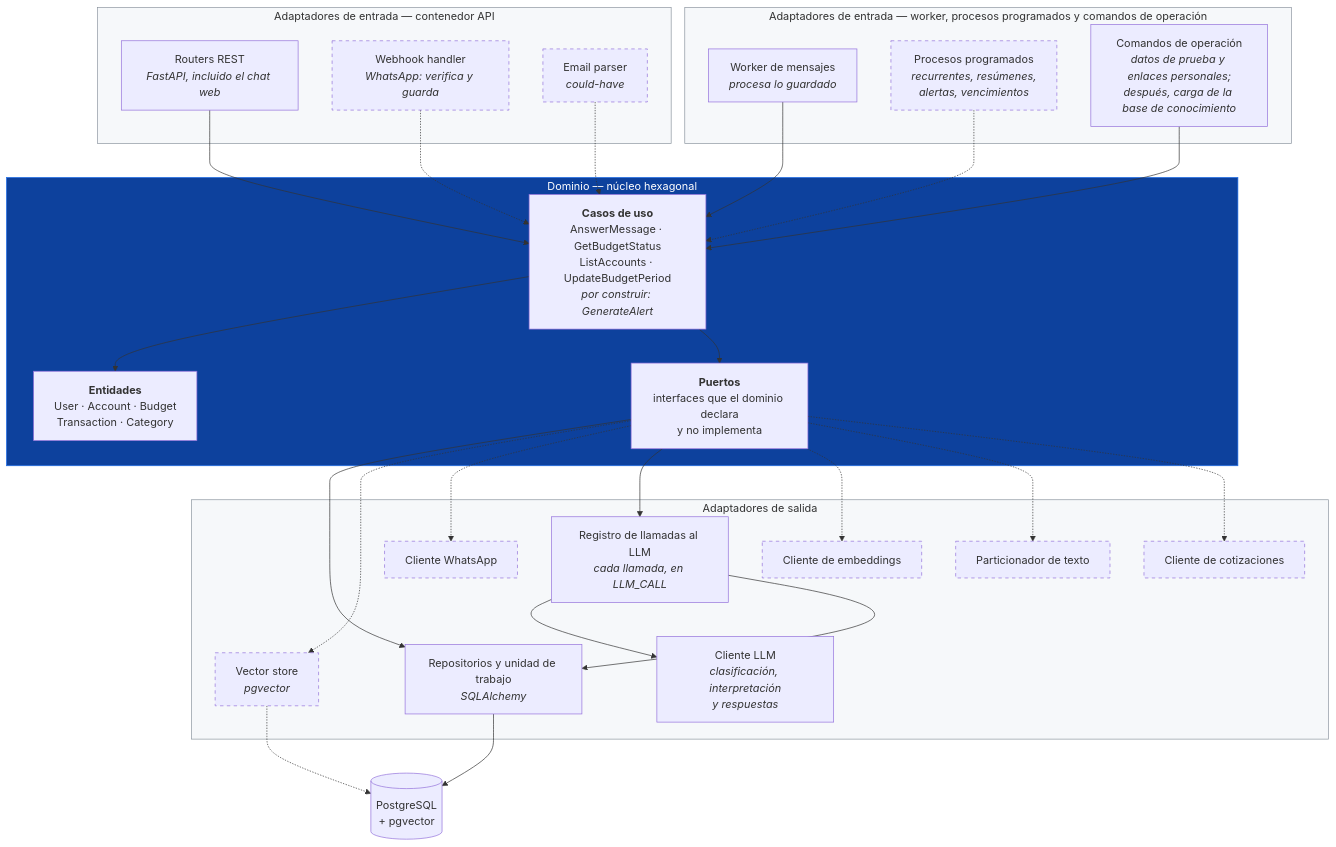
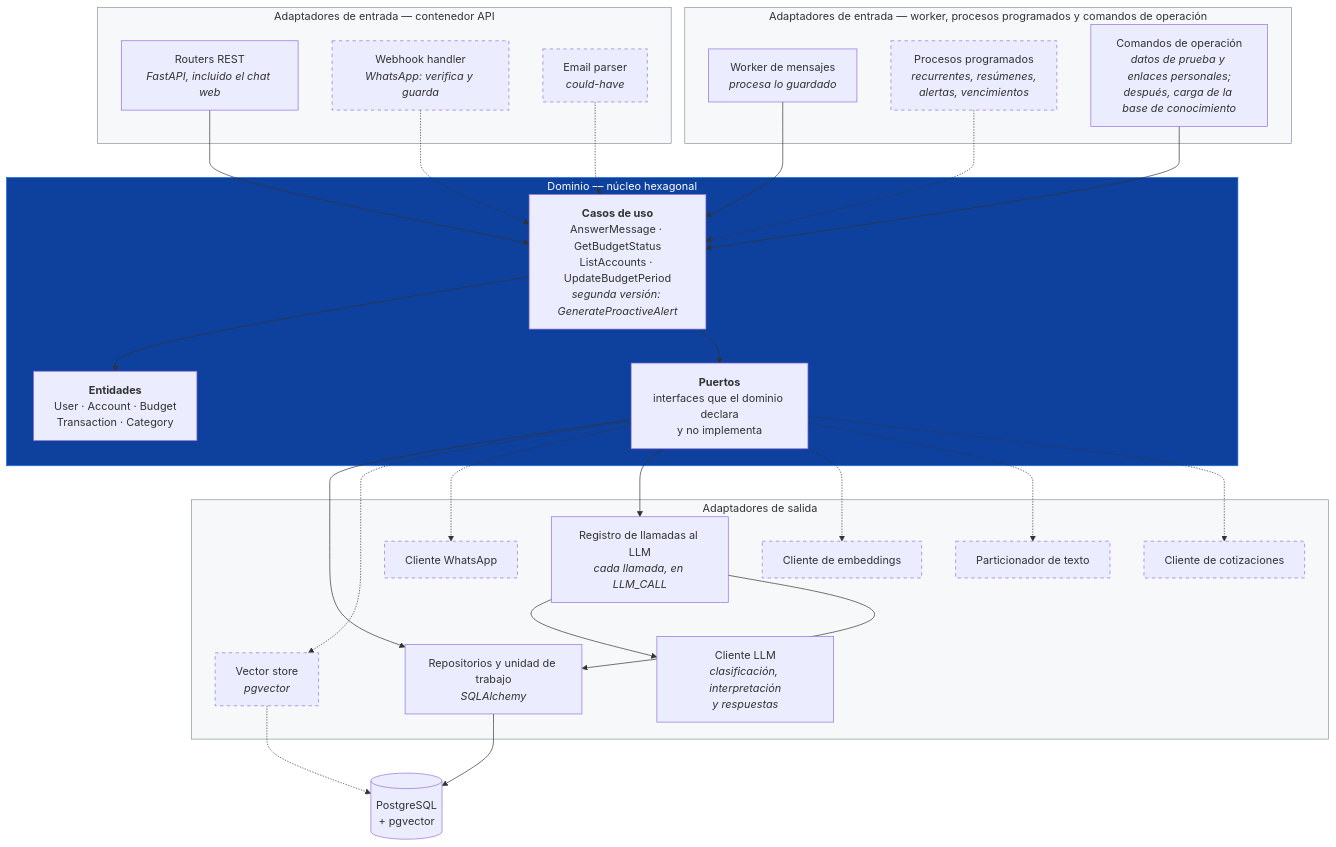
Before and after one commit to verozacarias-prog/AI4Devs-finalproject: the third of 4 diagrams in docs/02-arquitectura.md, drawn with Mermaid. The commit also changed other lines of this file and 17 other files, not shown here.

First line of the commit message:
docs(spec-drift): docs/ al día con el código, con lo no construido marcado para una segunda versión

````diff
--- a/docs/02-arquitectura.md
+++ b/docs/02-arquitectura.md
@@ -99,63 +99,63 @@
 ```mermaid
 flowchart TB
     subgraph INBOUND["Adaptadores de entrada — contenedor API"]
         ROUTERS["Routers REST<br/><i>FastAPI, incluido el chat web</i>"]
         HOOK["Webhook handler<br/><i>WhatsApp: verifica y guarda</i>"]
         PARSE["Email parser<br/><i>could-have</i>"]
     end
 
     subgraph WORKERBOX["Adaptadores de entrada — worker, procesos programados y comandos de operación"]
         MSGWK["Worker de mensajes<br/><i>procesa lo guardado</i>"]
         SCHED["Procesos programados<br/><i>recurrentes, resúmenes,<br/>alertas, vencimientos</i>"]
         CLI["Comandos de operación<br/><i>datos de prueba y enlaces personales;<br/>después, carga de la base de conocimiento</i>"]
     end
 
     subgraph DOMAIN["Dominio — núcleo hexagonal"]
-        UC["<b>Casos de uso</b><br/>AnswerMessage · GetBudgetStatus<br/>ListAccounts · UpdateBudgetPeriod<br/><i>por construir: GenerateAlert</i>"]
+        UC["<b>Casos de uso</b><br/>AnswerMessage · GetBudgetStatus<br/>ListAccounts · UpdateBudgetPeriod<br/><i>segunda versión: GenerateProactiveAlert</i>"]
         ENT["<b>Entidades</b><br/>User · Account · Budget<br/>Transaction · Category"]
         PORTS["<b>Puertos</b><br/>interfaces que el dominio declara<br/>y no implementa"]
     end
 
     subgraph OUTBOUND["Adaptadores de salida"]
         REPO["Repositorios y unidad de trabajo<br/><i>SQLAlchemy</i>"]
         VECADAPT["Vector store<br/><i>pgvector</i>"]
         WACLIENT["Cliente WhatsApp"]
         RECORDER["Registro de llamadas al LLM<br/><i>cada llamada, en LLM_CALL</i>"]
         LLMCLIENT["Cliente LLM<br/><i>clasificación, interpretación<br/>y respuestas</i>"]
         EMBCLIENT["Cliente de embeddings"]
         SPLIT["Particionador de texto"]
         FXCLIENT["Cliente de cotizaciones"]
     end
 
     DB[("PostgreSQL<br/>+ pgvector")]
 
     ROUTERS --> UC
     HOOK -.-> UC
     MSGWK --> UC
     SCHED -.-> UC
     CLI --> UC
     PARSE -.-> UC
     UC --> ENT
     UC --> PORTS
     PORTS --> REPO --> DB
     PORTS -.-> VECADAPT -.-> DB
     PORTS -.-> WACLIENT
     PORTS --> RECORDER --> LLMCLIENT
     RECORDER --> REPO
     PORTS -.-> EMBCLIENT
     PORTS -.-> SPLIT
     PORTS -.-> FXCLIENT
 
     style DOMAIN fill:#0d419d,stroke:#1f6feb,color:#fff
     style INBOUND fill:#f6f8fa,stroke:#8b949e
     style WORKERBOX fill:#f6f8fa,stroke:#8b949e
     style OUTBOUND fill:#f6f8fa,stroke:#8b949e
     style PARSE stroke-dasharray: 5 5
     style HOOK stroke-dasharray: 5 5
     style SCHED stroke-dasharray: 5 5
     style VECADAPT stroke-dasharray: 5 5
     style WACLIENT stroke-dasharray: 5 5
     style EMBCLIENT stroke-dasharray: 5 5
     style SPLIT stroke-dasharray: 5 5
     style FXCLIENT stroke-dasharray: 5 5
 ```
````
